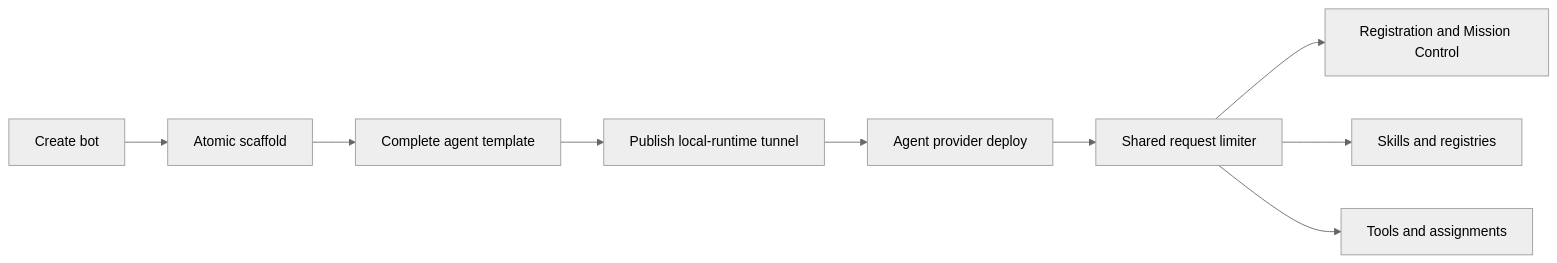
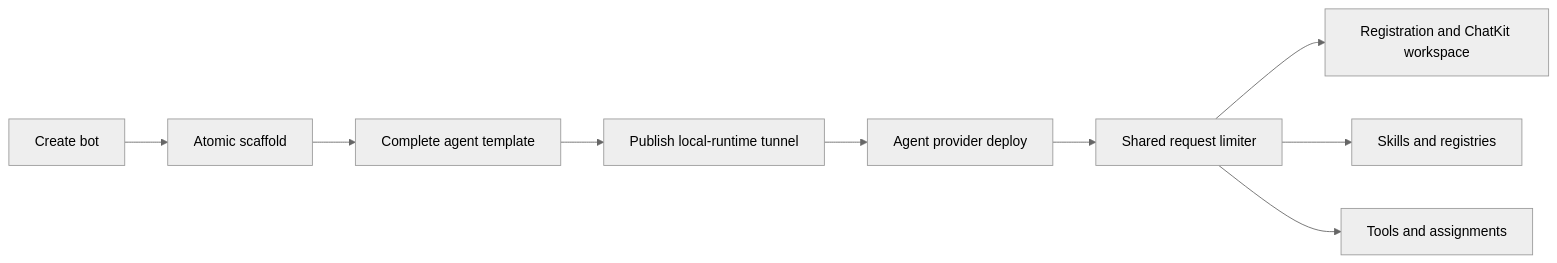
One commit to trytilde/dispatch changed the diagram in docs/updates/77.md. Above: the diagram before and after it, drawn with Mermaid (neutral theme). The commit also changed other lines of this file and 51 other files, not shown here.

First line of the commit message:
feat(chat): adopt ChatKit realtime events (#101)

````diff
--- a/docs/updates/77.md
+++ b/docs/updates/77.md
@@ -15,11 +15,11 @@
 ```mermaid
 flowchart LR
   C[Create bot] --> S[Atomic scaffold]
   S --> T[Complete agent template]
   T --> O[Publish local-runtime tunnel]
   O --> P[Agent provider deploy]
   P --> L[Shared request limiter]
-  L --> R[Registration and Mission Control]
+  L --> R[Registration and ChatKit workspace]
   L --> K[Skills and registries]
   L --> W[Tools and assignments]
 ```
````
